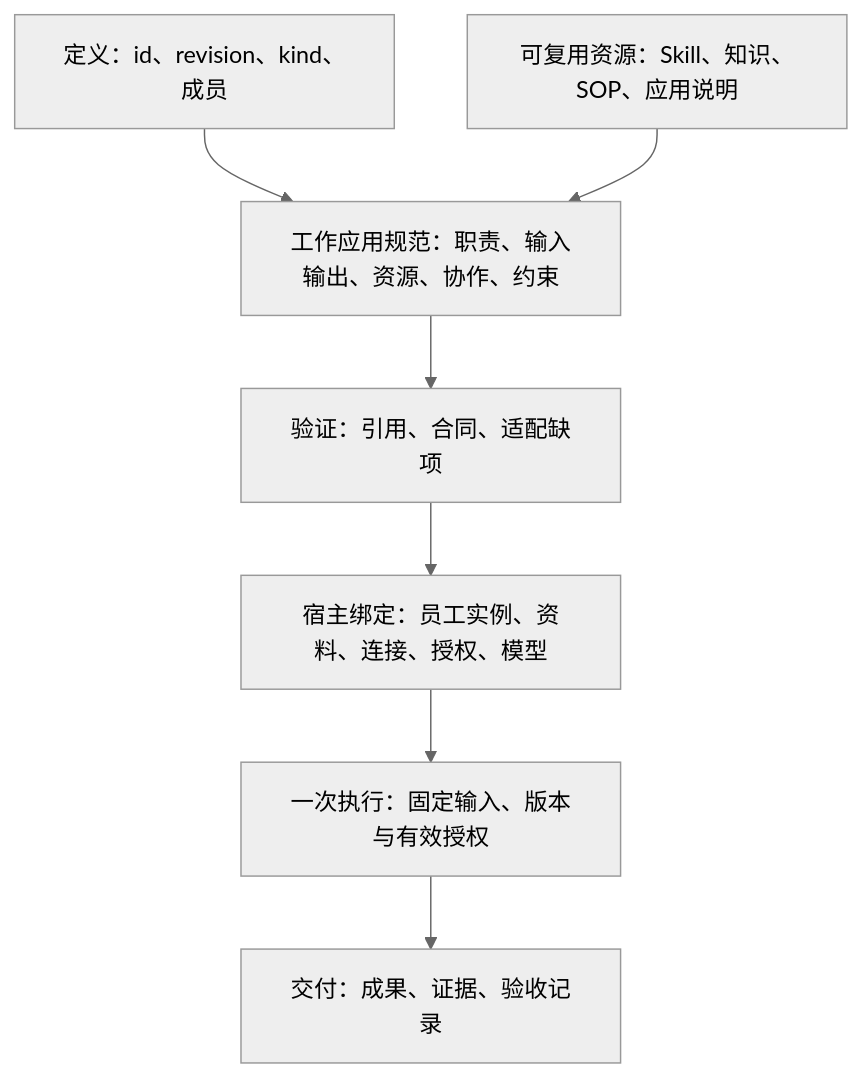
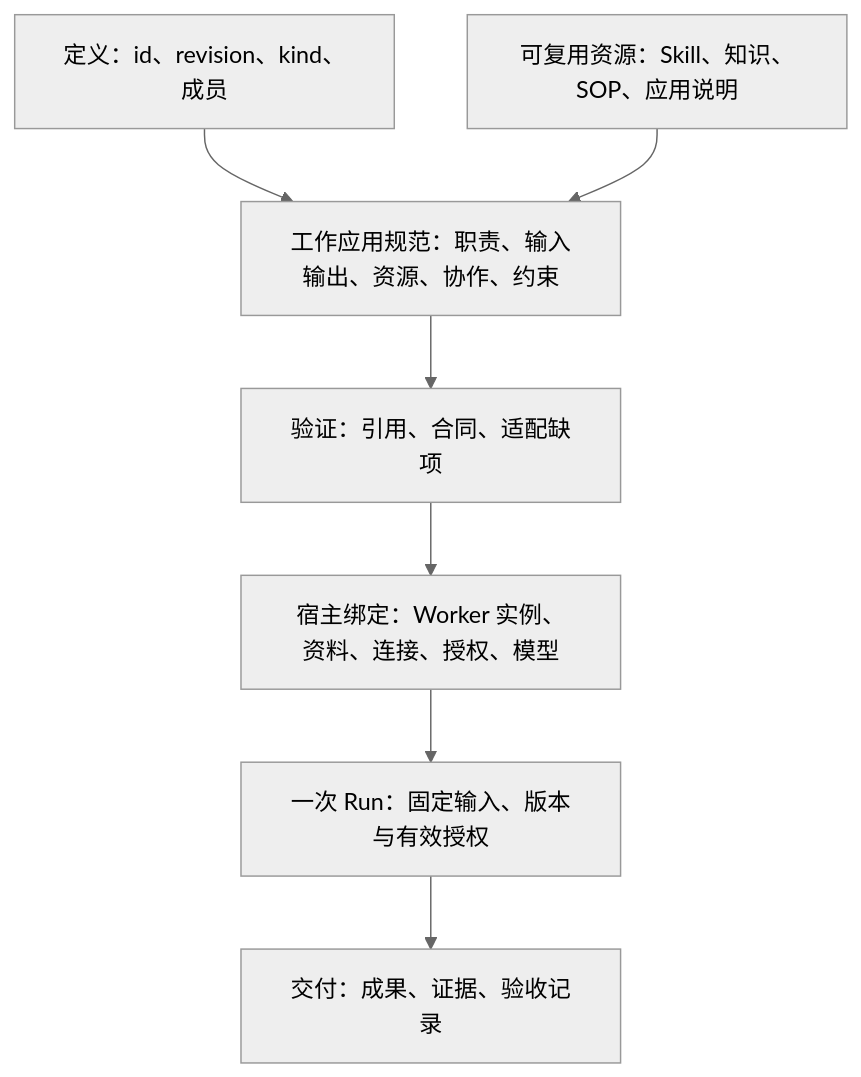
One commit to teloa-ai/ai-worker-standard changed the third of 4 diagrams in spec/core.zh-CN.md. Above: the diagram before and after it, drawn with Mermaid (neutral theme). The commit also changed other lines of this file and 29 other files, not shown here.

Commit message:
docs: connect AI employee product concepts to AI Worker diagrams

````diff
--- a/spec/core.zh-CN.md
+++ b/spec/core.zh-CN.md
@@ -74,9 +78,9 @@
 ```mermaid
 flowchart TB
   D[定义：id、revision、kind、成员] --> W[工作应用规范：职责、输入输出、资源、协作、约束]
   R[可复用资源：Skill、知识、SOP、应用说明] --> W
   W --> V[验证：引用、合同、适配缺项]
-  V --> B[宿主绑定：员工实例、资料、连接、授权、模型]
-  B --> X[一次执行：固定输入、版本与有效授权]
+  V --> B[宿主绑定：Worker 实例、资料、连接、授权、模型]
+  B --> X[一次 Run：固定输入、版本与有效授权]
   X --> A[交付：成果、证据、验收记录]
 ```
````
